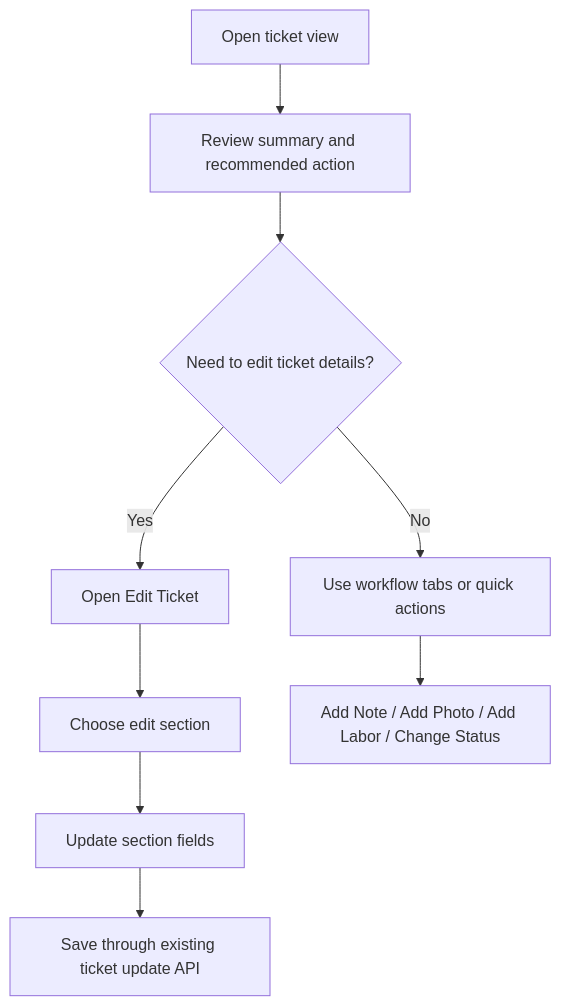
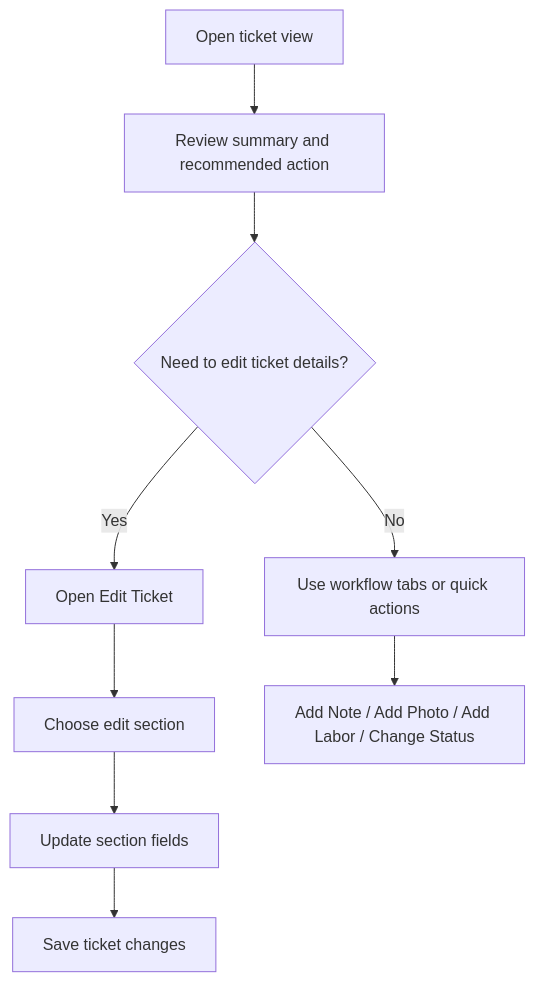
Before and after one commit to randalorian985/job-ticket-system: the second of 2 diagrams in docs/system-wiki.md, drawn with Mermaid. The commit also changed other lines of this file and 9 other files, not shown here.

````diff
--- a/docs/system-wiki.md
+++ b/docs/system-wiki.md
@@ -707,11 +693,11 @@
 ```mermaid
 flowchart TD
   A["Open ticket view"] --> B["Review summary and recommended action"]
   B --> C{"Need to edit ticket details?"}
   C -->|Yes| D["Open Edit Ticket"]
   D --> E["Choose edit section"]
   E --> F["Update section fields"]
-  F --> G["Save through existing ticket update API"]
+  F --> G["Save ticket changes"]
   C -->|No| H["Use workflow tabs or quick actions"]
   H --> I["Add Note / Add Photo / Add Labor / Change Status"]
 ```
````
